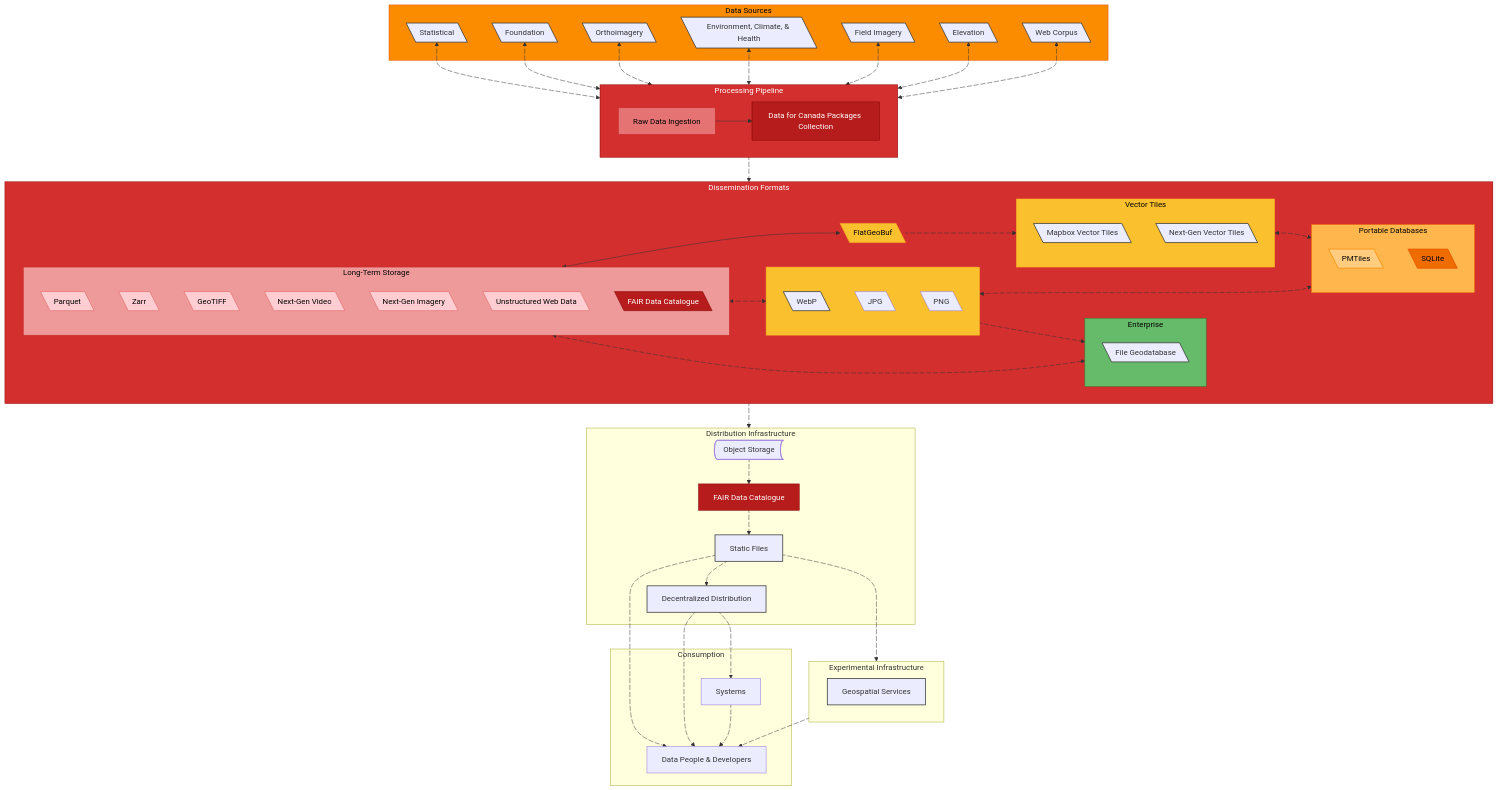
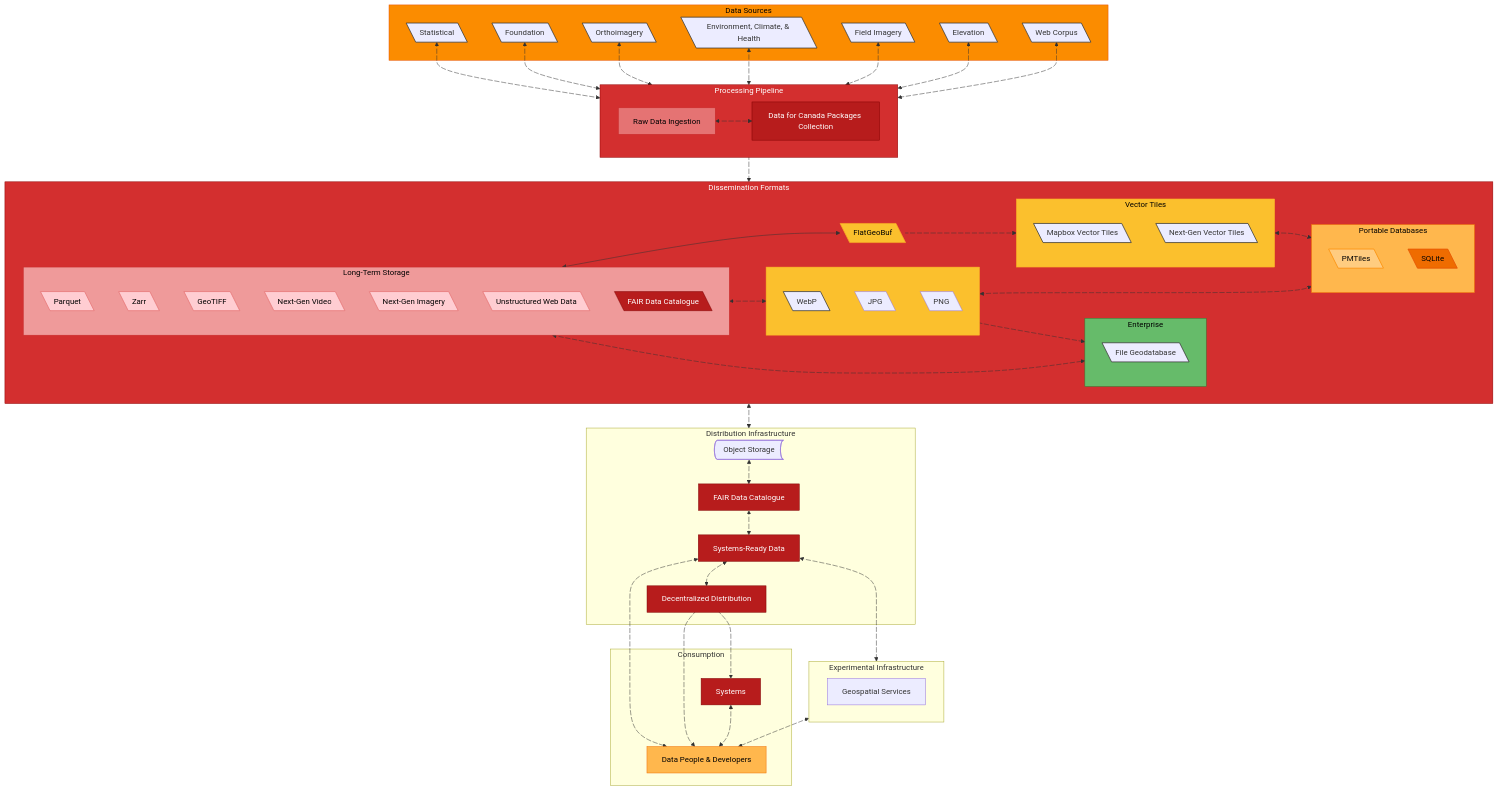
Before and after one commit to dataforcanada/.github: the diagram in profile/README.md, drawn with Mermaid.

```diff
--- a/profile/README.md
+++ b/profile/README.md
@@ -91,7 +91,8 @@
         DataforCanadaPackagesCollection@{ shape: rect, label: "Data for Canada Packages Collection"}
         Raw@{ shape: rect, label: "Raw Data Ingestion"}
         %% Internal Link
-        Raw --> DataforCanadaPackagesCollection
+        Raw a1000@ <--> DataforCanadaPackagesCollection
+        a1000@{animate: true, animation: slow}
     end
 
     %% ---------------------------------------------------------
@@ -144,7 +145,7 @@
     subgraph di [Distribution Infrastructure]
         ObjectStorage@{ shape: bow-rect, label: "Object Storage"}
         Metadata@{ shape: rect, label: "FAIR Data Catalogue"}
-        HTTP@{ shape: rect, label: "Static Files"}
+        HTTP@{ shape: rect, label: "Systems-Ready Data"}
         DecentralizedDistribution@{ shape: rect, label: "Decentralized Distribution"}
     end
 
@@ -215,20 +216,20 @@
     a102@{animate: true, animation: slow}
 
     %% Dissemination Formats --> Distribution Infrastructure
-    df a13@--> di
+    df a13@<--> di
     a13@{animate: true, animation: slow}
 
     %% Distribution Infrastructure Flow
-    ObjectStorage a15@--> Metadata
+    ObjectStorage a15@<--> Metadata
     a15@{animate: true, animation: slow}
-    Metadata a16@--> HTTP
+    Metadata a16@<--> HTTP
     a16@{animate: true, animation: slow}
     
-    HTTP a17@--> ei
+    HTTP a17@<--> ei
     a17@{animate: true, animation: slow}
-    HTTP a18@--> DecentralizedDistribution
+    HTTP a18@<--> DecentralizedDistribution
     a18@{animate: true, animation: slow}
-    HTTP a19@--> DataSci
+    HTTP a19@<--> DataSci
     a19@{animate: true, animation: slow}
     
     DecentralizedDistribution a20@--> Systems
@@ -236,9 +237,9 @@
     DecentralizedDistribution a21@--> DataSci
     a21@{animate: true, animation: fast}
     
-    Systems a22@ --> DataSci
+    Systems a22@ <--> DataSci
     a22@{animate: true, animation: fast}
-    ei a23@ --> DataSci
+    ei a23@ <--> DataSci
     a23@{animate: true, animation: slow}
 
     %% =========================================================
@@ -250,6 +251,9 @@
 style pp fill:#D32F2F,stroke:#8E0000,color:#FFFFFF
 style DataforCanadaPackagesCollection fill:#B71C1C,stroke:#7F0000,color:#FFFFFF
 style FAIRDataDis fill:#B71C1C,stroke:#7F0000,color:#FFFFFF
+style DecentralizedDistribution fill:#B71C1C,stroke:#7F0000,color:#FFFFFF
+style HTTP fill:#B71C1C,stroke:#7F0000,color:#FFFFFF
+style Systems fill:#B71C1C,stroke:#7F0000,color:#FFFFFF
 style Metadata fill:#B71C1C,stroke:#7F0000,color:#FFFFFF
 style Raw fill:#E57373,stroke:#C62828,color:#000000
 
@@ -275,10 +279,11 @@
 style visuals fill:#FBC02D,stroke:#F9A825,color:#000000
 
 style ent fill:#66BB6A,stroke:#2E7D32,color:#000000
+style DataSci fill:#FFB74D,stroke:#EF6C00,color:#000000
+
 
 class Foundation,Statistical,Orthoimagery,FieldImagery,EnvironmentClimate,Elevation,WebCorpus linkNode
 class Parquet,FlatGeoBuf,SQLite,FileGeodatabase,VectorTiles,NextGenVectorTiles,GeoTIFF,Zarr,WebP,PMTiles,JPEGXL,AV1,WARC linkNode
-class DecentralizedDistribution,HTTP,GeoSpatialServices linkNode
 
     %% =========================================================
     %% CLICK ACTIONS
@@ -308,7 +313,7 @@
     click WARC "https://github.com/iipc/warc-specifications/" _blank
     click FAIRDataDis "https://stac-utils.github.io/stac-geoparquet/latest/spec/stac-geoparquet-spec/" _blank
 
-    click HTTP "https://www.dataforcanada.org/docs/getting_started/" _blank
+    click HTTP "https://www.dataforcanada.org/docs/" _blank
     click DecentralizedDistribution "https://www.dataforcanada.org/docs/dissemination/" _blank
     click Metadata "https://stac-utils.github.io/stac-geoparquet/latest/spec/stac-geoparquet-spec/" _blank
     click GeoSpatialServices "https://github.com/dataforcanada/geo-services-labs/" _blank
```
